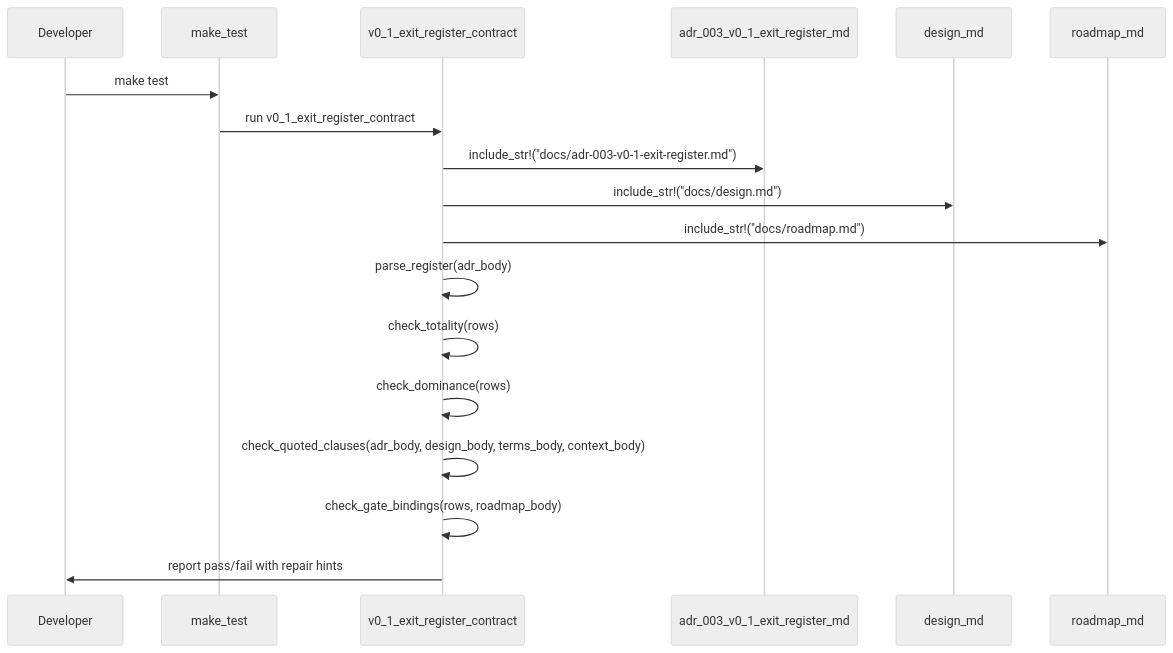
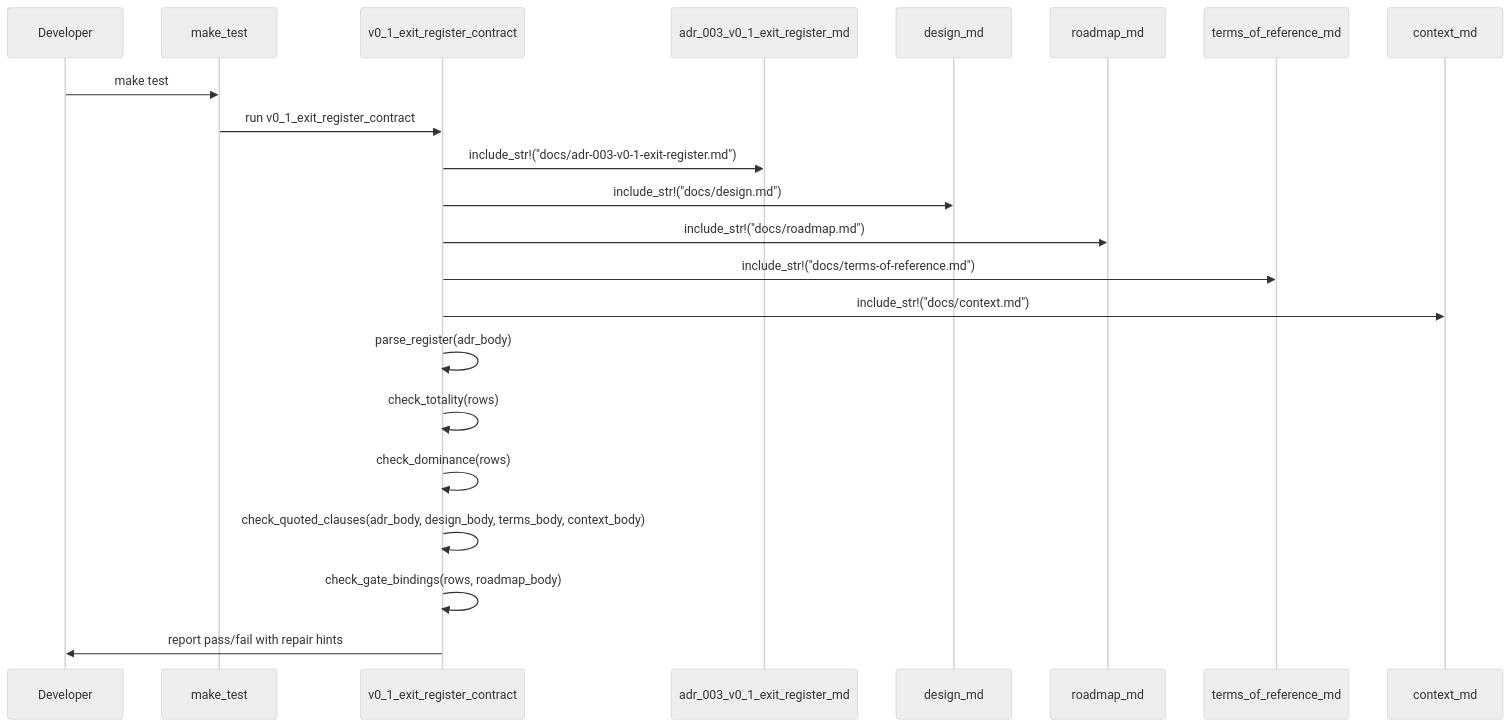
The diagram in docs/design.md (leynos/statelet), drawn with Mermaid (neutral theme) before and after one commit.

Commit message:
Complete contract-test diagram inputs
Show every document loaded by the exit-register contract before the
four-argument evidence check so the design remains an accurate aid.

````diff
--- a/docs/design.md
+++ b/docs/design.md
@@ -426,21 +426,25 @@
 ```mermaid
 sequenceDiagram
     participant Dev as Developer
     participant Make as make_test
     participant Test as v0_1_exit_register_contract
     participant ADR as adr_003_v0_1_exit_register_md
     participant Design as design_md
     participant Roadmap as roadmap_md
+    participant Terms as terms_of_reference_md
+    participant Context as context_md
 
     Dev->>Make: make test
     Make->>Test: run v0_1_exit_register_contract
     Test->>ADR: include_str!("docs/adr-003-v0-1-exit-register.md")
     Test->>Design: include_str!("docs/design.md")
     Test->>Roadmap: include_str!("docs/roadmap.md")
+    Test->>Terms: include_str!("docs/terms-of-reference.md")
+    Test->>Context: include_str!("docs/context.md")
     Test->>Test: parse_register(adr_body)
     Test->>Test: check_totality(rows)
     Test->>Test: check_dominance(rows)
     Test->>Test: check_quoted_clauses(adr_body, design_body, terms_body, context_body)
     Test->>Test: check_gate_bindings(rows, roadmap_body)
     Test->>Dev: report pass/fail with repair hints
 ```
````
